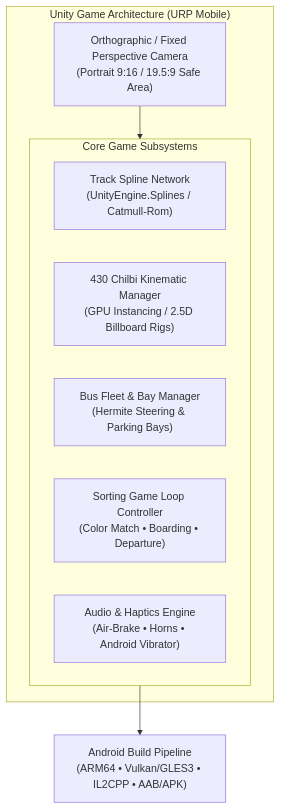
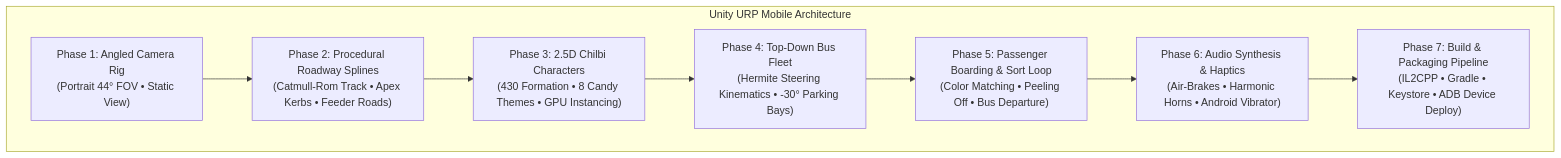
Before and after one commit to mohansharma916/Roadways-Bus-: the diagram in ANDROID_GAME_CONVERSION_ROADMAP.md, drawn with Mermaid. The commit also changed other lines of this file, not shown here.

Commit message:
Step 71: Deeply detailed 91-step Unity Android technical conversion roadmap across 7 phases

````diff
--- a/ANDROID_GAME_CONVERSION_ROADMAP.md
+++ b/ANDROID_GAME_CONVERSION_ROADMAP.md
@@ -18,18 +16,19 @@
 ```mermaid
 flowchart TD
-    subgraph UnityProject ["Unity Game Architecture (URP Mobile)"]
-        Cam["Orthographic / Fixed Perspective Camera<br/>(Portrait 9:16 / 19.5:9 Safe Area)"]
-        
-        subgraph Systems ["Core Game Subsystems"]
-            SplineSys["Track Spline Network<br/>(UnityEngine.Splines / Catmull-Rom)"]
-            ChilbiSys["430 Chilbi Kinematic Manager<br/>(GPU Instancing / 2.5D Billboard Rigs)"]
-            BusSys["Bus Fleet & Bay Manager<br/>(Hermite Steering & Parking Bays)"]
-            LoopSys["Sorting Game Loop Controller<br/>(Color Match • Boarding • Departure)"]
-            AudioSys["Audio & Haptics Engine<br/>(Air-Brake • Horns • Android Vibrator)"]
-        end
-        
-        Cam --> Systems
+    subgraph UnityProject ["Unity URP Mobile Architecture"]
+        CameraRig["Phase 1: Angled Camera Rig<br/>(Portrait 44° FOV • Static View)"]
+        SplineTrack["Phase 2: Procedural Roadway Splines<br/>(Catmull-Rom Track • Apex Kerbs • Feeder Roads)"]
+        ChilbiSquad["Phase 3: 2.5D Chilbi Characters<br/>(430 Formation • 8 Candy Themes • GPU Instancing)"]
+        BusDepot["Phase 4: Top-Down Bus Fleet<br/>(Hermite Steering Kinematics • -30° Parking Bays)"]
+        GameLoop["Phase 5: Passenger Boarding & Sort Loop<br/>(Color Matching • Peeling Off • Bus Departure)"]
+        JuiceAudio["Phase 6: Audio Synthesis & Haptics<br/>(Air-Brakes • Harmonic Horns • Android Vibrator)"]
+        AndroidBuild["Phase 7: Build & Packaging Pipeline<br/>(IL2CPP • Gradle • Keystore • ADB Device Deploy)"]
     end
 
-    Systems --> AndroidBuild["Android Build Pipeline<br/>(ARM64 • Vulkan/GLES3 • IL2CPP • AAB/APK)"]
+    CameraRig --> SplineTrack
+    SplineTrack --> ChilbiSquad
+    ChilbiSquad --> BusDepot
+    BusDepot --> GameLoop
+    GameLoop --> JuiceAudio
+    JuiceAudio --> AndroidBuild
 ```
````
